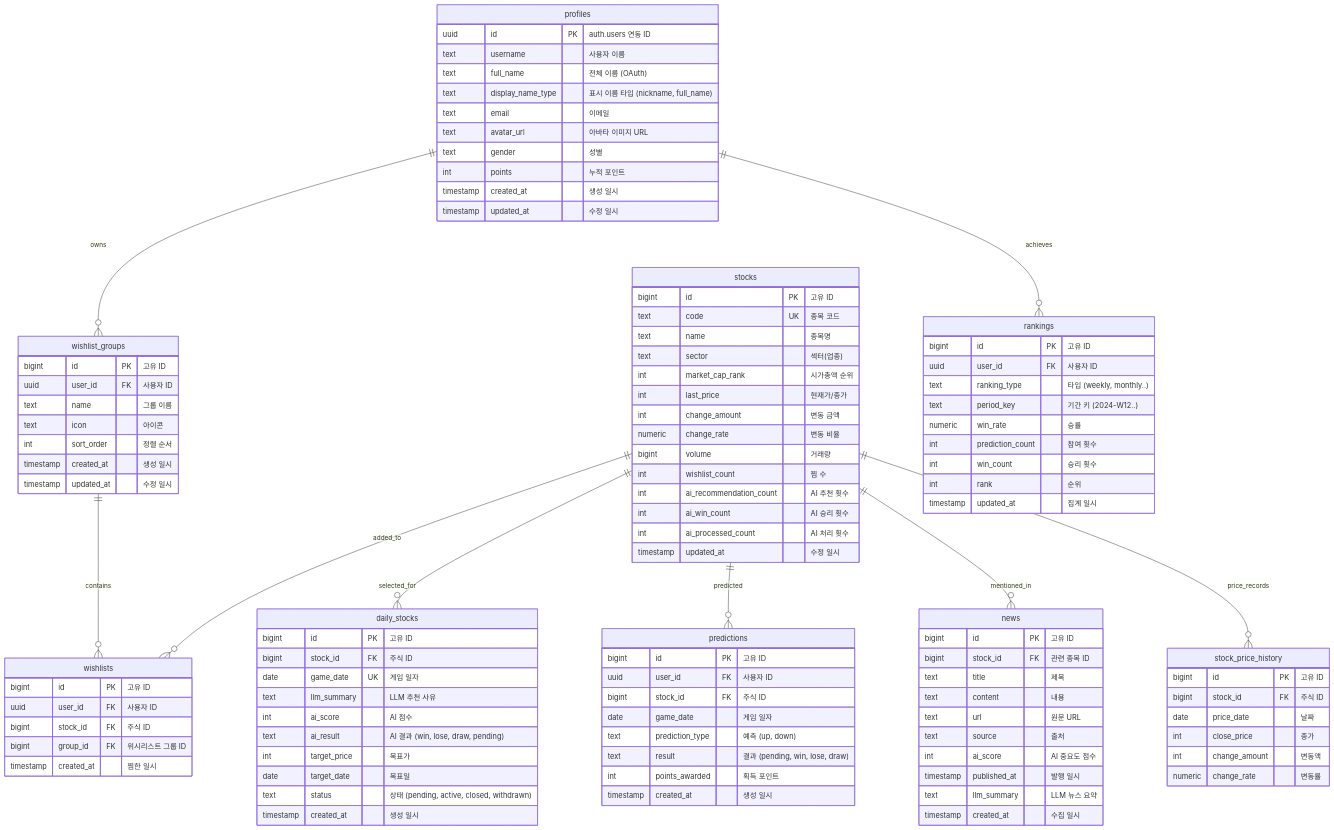
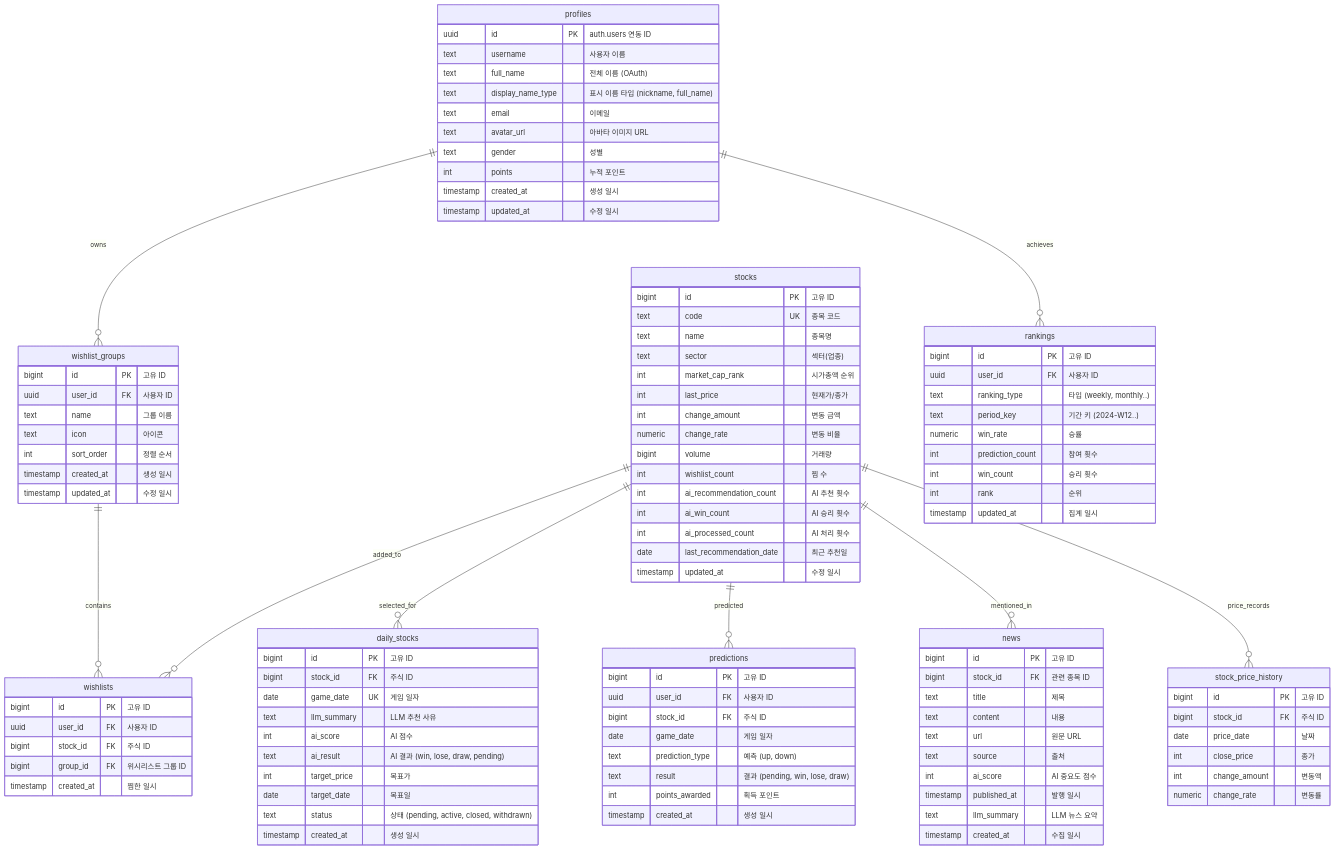
Before and after one commit to vlmwv/stock-league: the diagram in erd.md, drawn with Mermaid. The commit also changed 3 other files, not shown here.

```diff
--- a/erd.md
+++ b/erd.md
@@ -28,6 +28,7 @@
         int ai_recommendation_count "AI 추천 횟수"
         int ai_win_count "AI 승리 횟수"
         int ai_processed_count "AI 처리 횟수"
+        date last_recommendation_date "최근 추천일"
         timestamp updated_at "수정 일시"
     }
     wishlist_groups {
```
